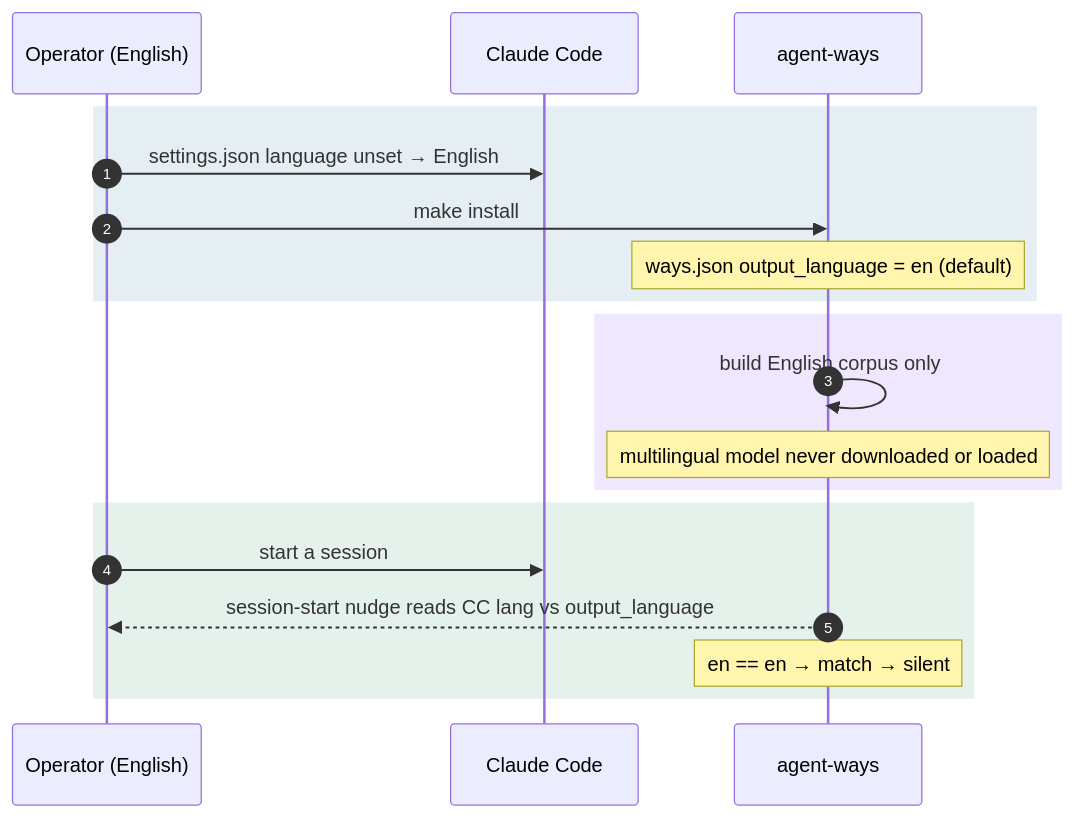
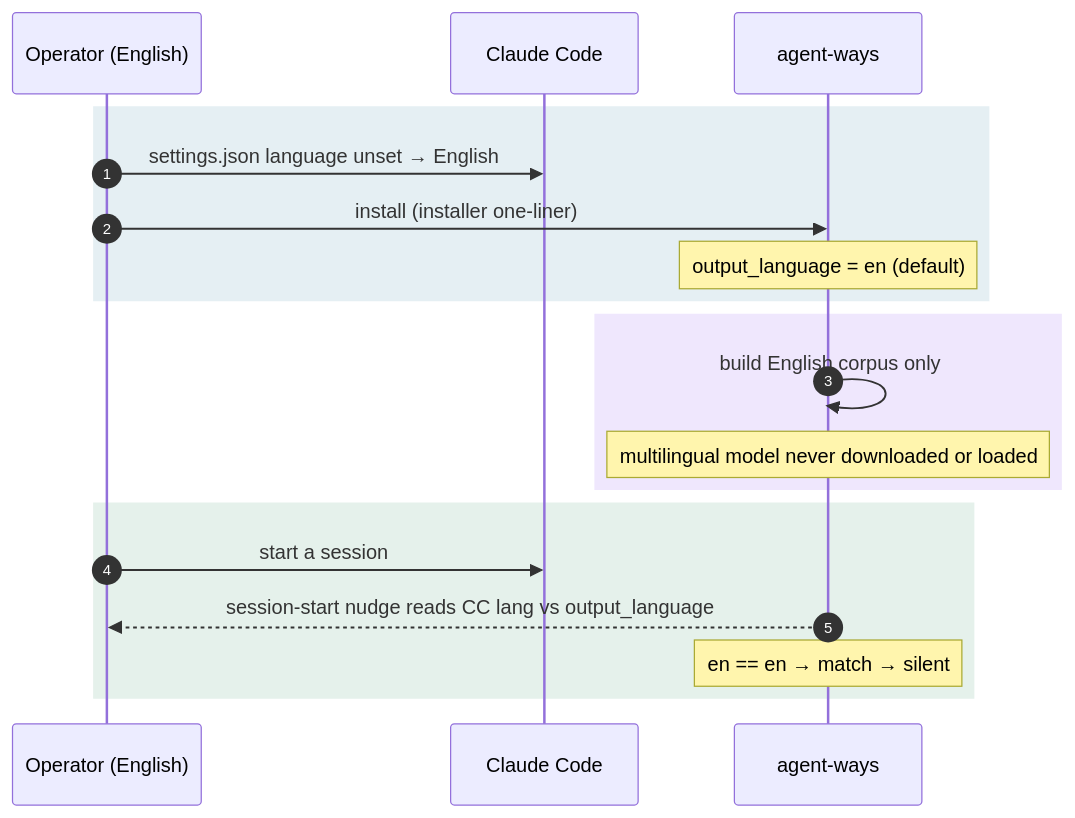
One commit to aaronsb/agent-ways changed the diagram in docs/explanation/localization/scenario-the-english-native-install.md. Above: the diagram before and after it, drawn with Mermaid. The commit also changed other lines of this file and 19 other files, not shown here.

First line of the commit message:
refactor(install): delete sync-to-home and the install paths ways update replaced

````diff
--- a/docs/explanation/localization/scenario-the-english-native-install.md
+++ b/docs/explanation/localization/scenario-the-english-native-install.md
@@ -20,21 +20,21 @@
 ```mermaid
 sequenceDiagram
     autonumber
     participant Op as Operator (English)
     participant CC as Claude Code
     participant W as agent-ways
     rect rgba(45,125,154,0.12)
     Op->>CC: settings.json language unset → English
-    Op->>W: make install
-    Note over W: ways.json output_language = en (default)
+    Op->>W: install (installer one-liner)
+    Note over W: output_language = en (default)
     end
     rect rgba(124,58,237,0.12)
     W->>W: build English corpus only
     Note over W: multilingual model never downloaded or loaded
     end
     rect rgba(45,142,94,0.12)
     Op->>CC: start a session
     W-->>Op: session-start nudge reads CC lang vs output_language
     Note over W: en == en → match → silent
     end
 ```
````
